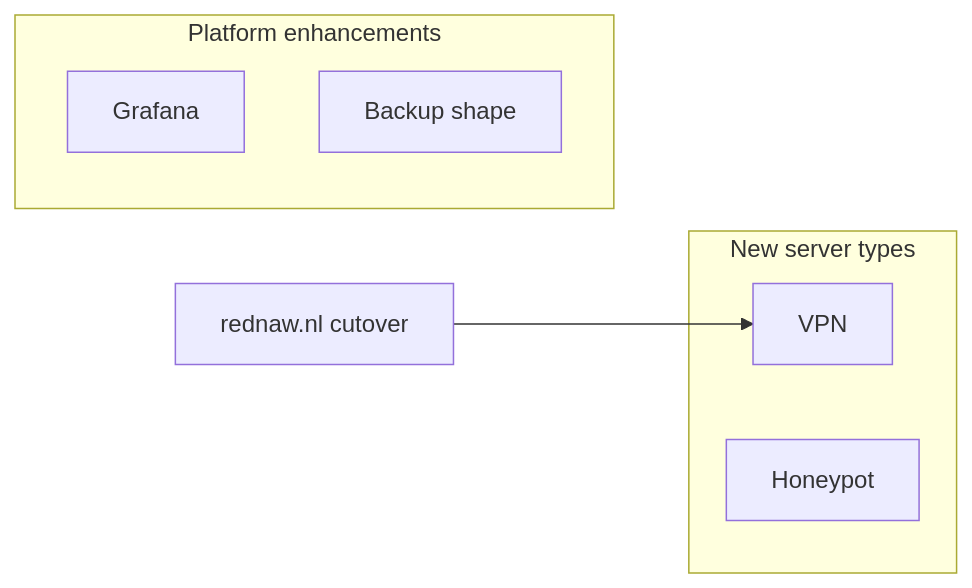
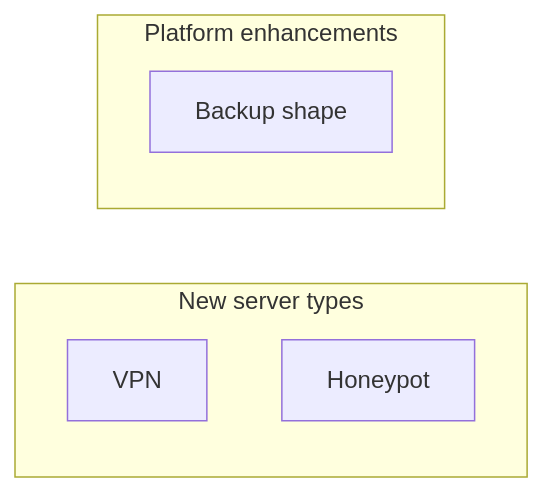
The diagram in docs/future/README.md (rednaw/iac), drawn with Mermaid before and after one commit. The commit also changed other lines of this file and 4 other files, not shown here.

````diff
--- a/docs/future/README.md
+++ b/docs/future/README.md
@@ -7,13 +7,10 @@
 ```mermaid
 flowchart LR
-  cutover[rednaw.nl cutover]
   subgraph servers [New server types]
     vpn[VPN]
     honeypot[Honeypot]
   end
   subgraph enhancements [Platform enhancements]
-    grafana[Grafana]
     backup[Backup shape]
   end
-  cutover --> vpn
 ```
````
